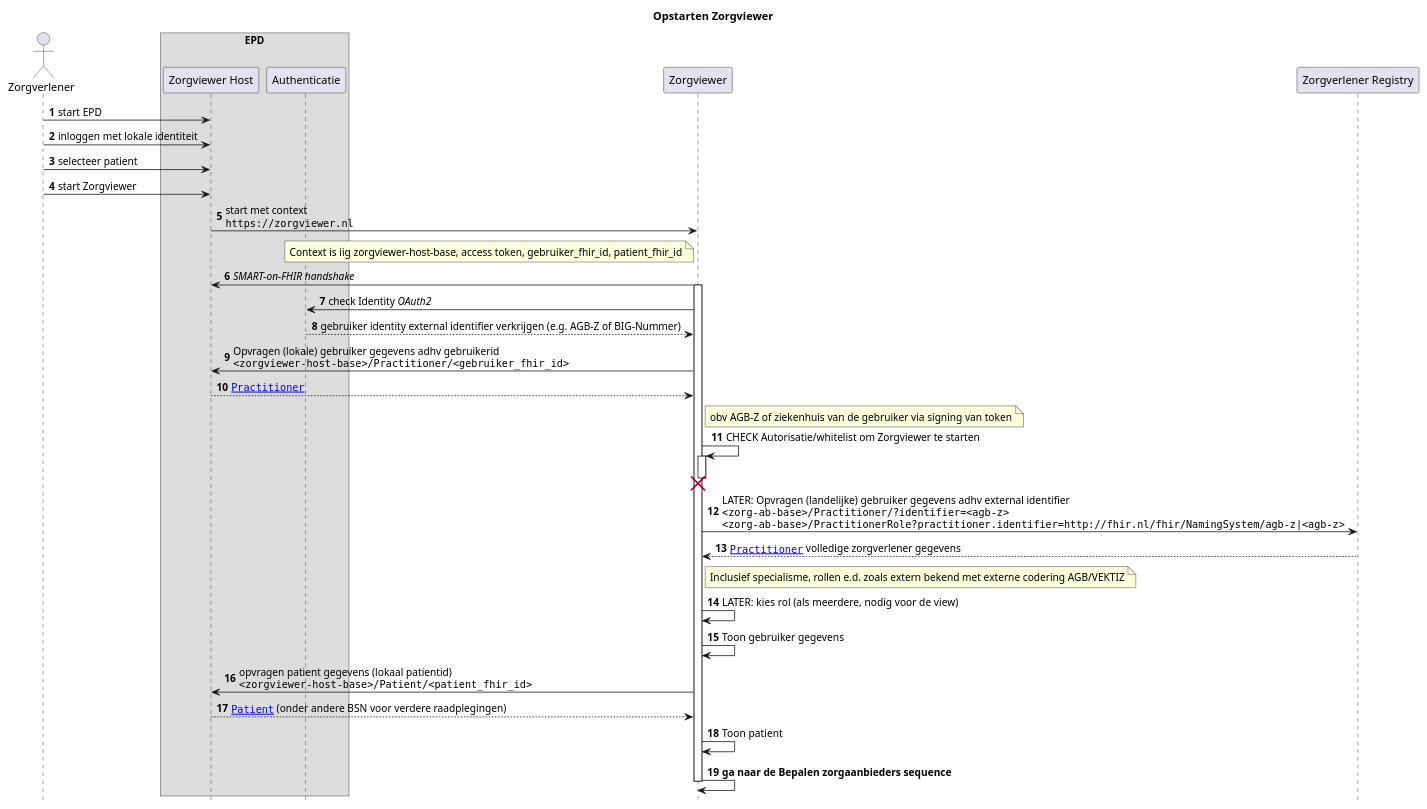
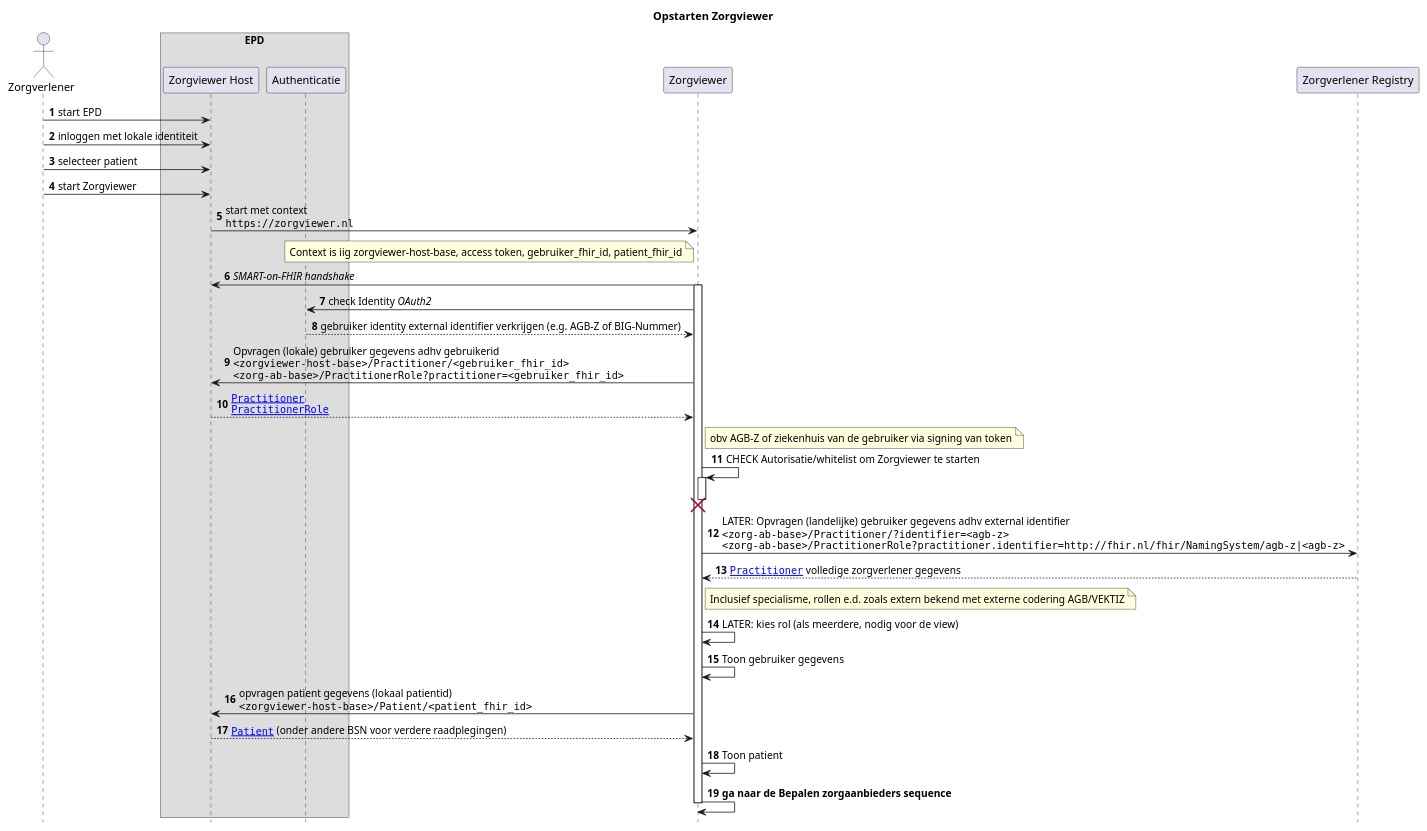
One commit to RIVO-Noord/zorgviewer-ig changed the diagram in input/images-source/Zorgviewer-seq-1-fhir.plantuml. Above: the diagram before and after it, drawn with PlantUML. The commit also changed 10 other files, not shown here.

```diff
--- a/input/images-source/Zorgviewer-seq-1-fhir.plantuml
+++ b/input/images-source/Zorgviewer-seq-1-fhir.plantuml
@@ -1,55 +1,55 @@
 @startuml
 hide footbox
 autonumber
 
 title Opstarten Zorgviewer
 
 actor Zorgverlener
 box "EPD"
 participant "Zorgviewer Host" as Host
 participant Authenticatie
 end box
 participant Zorgviewer
 participant "Zorgverlener Registry" as ZorgverlenerRegistry
 
 Zorgverlener->Host: start EPD
 Zorgverlener->Host: inloggen met lokale identiteit
 Zorgverlener->Host: selecteer patient
 Zorgverlener->Host: start Zorgviewer
 Host->Zorgviewer: start met context\n""https://zorgviewer.nl""
 note left Zorgviewer
  Context is iig zorgviewer-host-base, access token, gebruiker_fhir_id, patient_fhir_id
 end note
 Zorgviewer->Host: //SMART-on-FHIR handshake//
 
 activate Zorgviewer
 Zorgviewer->Authenticatie: check Identity //OAuth2//
 Authenticatie-->Zorgviewer: gebruiker identity external identifier verkrijgen (e.g. AGB-Z of BIG-Nummer)
-Zorgviewer->Host: Opvragen (lokale) gebruiker gegevens adhv gebruikerid\n""<zorgviewer-host-base>/Practitioner/<gebruiker_fhir_id>""
-Host-->Zorgviewer: ""[[StructureDefinition-Practitioner.html Practitioner]]""
+Zorgviewer->Host: Opvragen (lokale) gebruiker gegevens adhv gebruikerid\n""<zorgviewer-host-base>/Practitioner/<gebruiker_fhir_id>""\n""<zorg-ab-base>/PractitionerRole?practitioner=<gebruiker_fhir_id>""
+Host-->Zorgviewer: ""[[StructureDefinition-Practitioner.html Practitioner]]""\n""[[StructureDefinition-PractitionerRole.html PractitionerRole]]""
 note right Zorgviewer
     obv AGB-Z of ziekenhuis van de gebruiker via signing van token
 end note
 Zorgviewer->Zorgviewer++: CHECK Autorisatie/whitelist om Zorgviewer te starten
 destroy Zorgviewer
 
 ' ZORB-AB Implementatiehandleiding 2.8 paragraaf 4.7
 Zorgviewer->ZorgverlenerRegistry: LATER: Opvragen (landelijke) gebruiker gegevens adhv external identifier\n""<zorg-ab-base>/Practitioner/?identifier=<agb-z>""\n""<zorg-ab-base>/PractitionerRole?practitioner.identifier=http://fhir.nl/fhir/NamingSystem/agb-z|<agb-z>""
 ZorgverlenerRegistry-->Zorgviewer: ""[[StructureDefinition-Practitioner.html Practitioner]]"" volledige zorgverlener gegevens
 note right Zorgviewer
   Inclusief specialisme, rollen e.d. zoals extern bekend met externe codering AGB/VEKTIZ
 end note
 
 Zorgviewer->Zorgviewer: LATER: kies rol (als meerdere, nodig voor de view)
 
 Zorgviewer->Zorgviewer: Toon gebruiker gegevens
 
 Zorgviewer->Host: opvragen patient gegevens (lokaal patientid)\n""<zorgviewer-host-base>/Patient/<patient_fhir_id>""
 Host-->Zorgviewer: ""[[StructureDefinition-Patient.html Patient]]"" (onder andere BSN voor verdere raadplegingen)
 Zorgviewer->Zorgviewer: Toon patient
 
 Zorgviewer->Zorgviewer: **ga naar de Bepalen zorgaanbieders sequence**
 
 deactivate Zorgviewer
 
 @enduml
```
